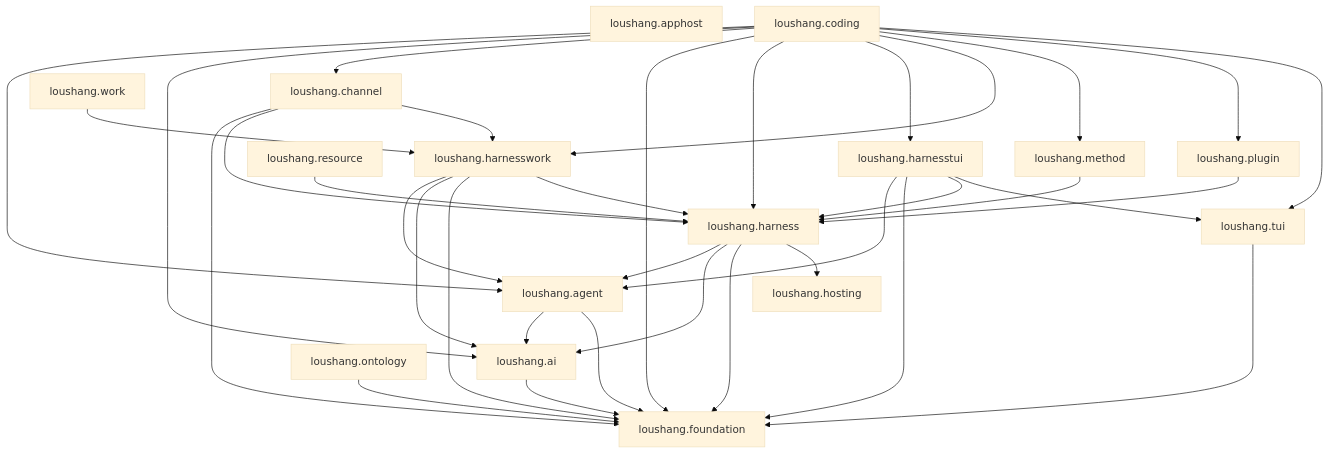
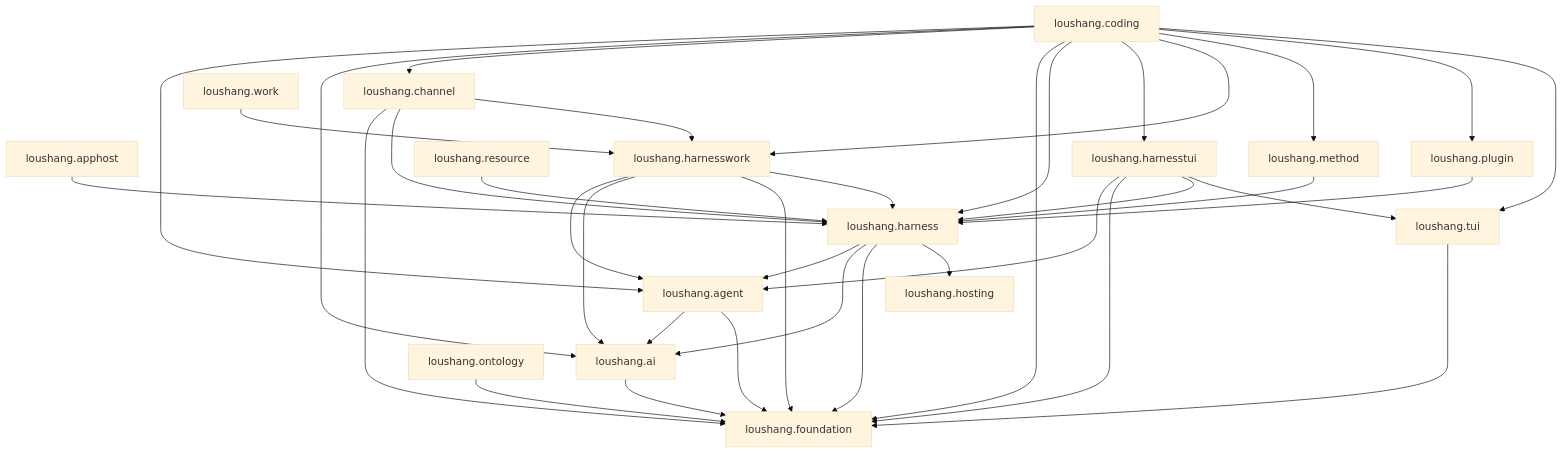
Before and after one commit to zhnt/loushang: the diagram in docs/internals/architecture/generated/current-package-dependencies.md, drawn with Mermaid (base theme). The commit also changed other lines of this file and 22 other files, not shown here.

````diff
--- a/docs/internals/architecture/generated/current-package-dependencies.md
+++ b/docs/internals/architecture/generated/current-package-dependencies.md
@@ -27,54 +27,55 @@
 ```mermaid
 graph TD
     PKG_AGENT["loushang.agent"]
     PKG_AI["loushang.ai"]
     PKG_APPHOST["loushang.apphost"]
     PKG_CHANNEL["loushang.channel"]
     PKG_CODING["loushang.coding"]
     PKG_FOUNDATION["loushang.foundation"]
     PKG_HARNESS["loushang.harness"]
     PKG_HARNESSTUI["loushang.harnesstui"]
     PKG_HARNESSWORK["loushang.harnesswork"]
     PKG_HOSTING["loushang.hosting"]
     PKG_METHOD["loushang.method"]
     PKG_ONTOLOGY["loushang.ontology"]
     PKG_PLUGIN["loushang.plugin"]
     PKG_RESOURCE["loushang.resource"]
     PKG_TUI["loushang.tui"]
     PKG_WORK["loushang.work"]
 
     PKG_AGENT --> PKG_AI
     PKG_AGENT --> PKG_FOUNDATION
     PKG_AI --> PKG_FOUNDATION
+    PKG_APPHOST --> PKG_HARNESS
     PKG_CHANNEL --> PKG_FOUNDATION
     PKG_CHANNEL --> PKG_HARNESS
     PKG_CHANNEL --> PKG_HARNESSWORK
     PKG_CODING --> PKG_AGENT
     PKG_CODING --> PKG_AI
     PKG_CODING --> PKG_CHANNEL
     PKG_CODING --> PKG_FOUNDATION
     PKG_CODING --> PKG_HARNESS
     PKG_CODING --> PKG_HARNESSTUI
     PKG_CODING --> PKG_HARNESSWORK
     PKG_CODING --> PKG_METHOD
     PKG_CODING --> PKG_PLUGIN
     PKG_CODING --> PKG_TUI
     PKG_HARNESS --> PKG_AGENT
     PKG_HARNESS --> PKG_AI
     PKG_HARNESS --> PKG_FOUNDATION
     PKG_HARNESS --> PKG_HOSTING
     PKG_HARNESSTUI --> PKG_AGENT
     PKG_HARNESSTUI --> PKG_FOUNDATION
     PKG_HARNESSTUI --> PKG_HARNESS
     PKG_HARNESSTUI --> PKG_TUI
     PKG_HARNESSWORK --> PKG_AGENT
     PKG_HARNESSWORK --> PKG_AI
     PKG_HARNESSWORK --> PKG_FOUNDATION
     PKG_HARNESSWORK --> PKG_HARNESS
     PKG_METHOD --> PKG_HARNESS
     PKG_ONTOLOGY --> PKG_FOUNDATION
     PKG_PLUGIN --> PKG_HARNESS
     PKG_RESOURCE --> PKG_HARNESS
     PKG_TUI --> PKG_FOUNDATION
     PKG_WORK --> PKG_HARNESSWORK
 ```
````
